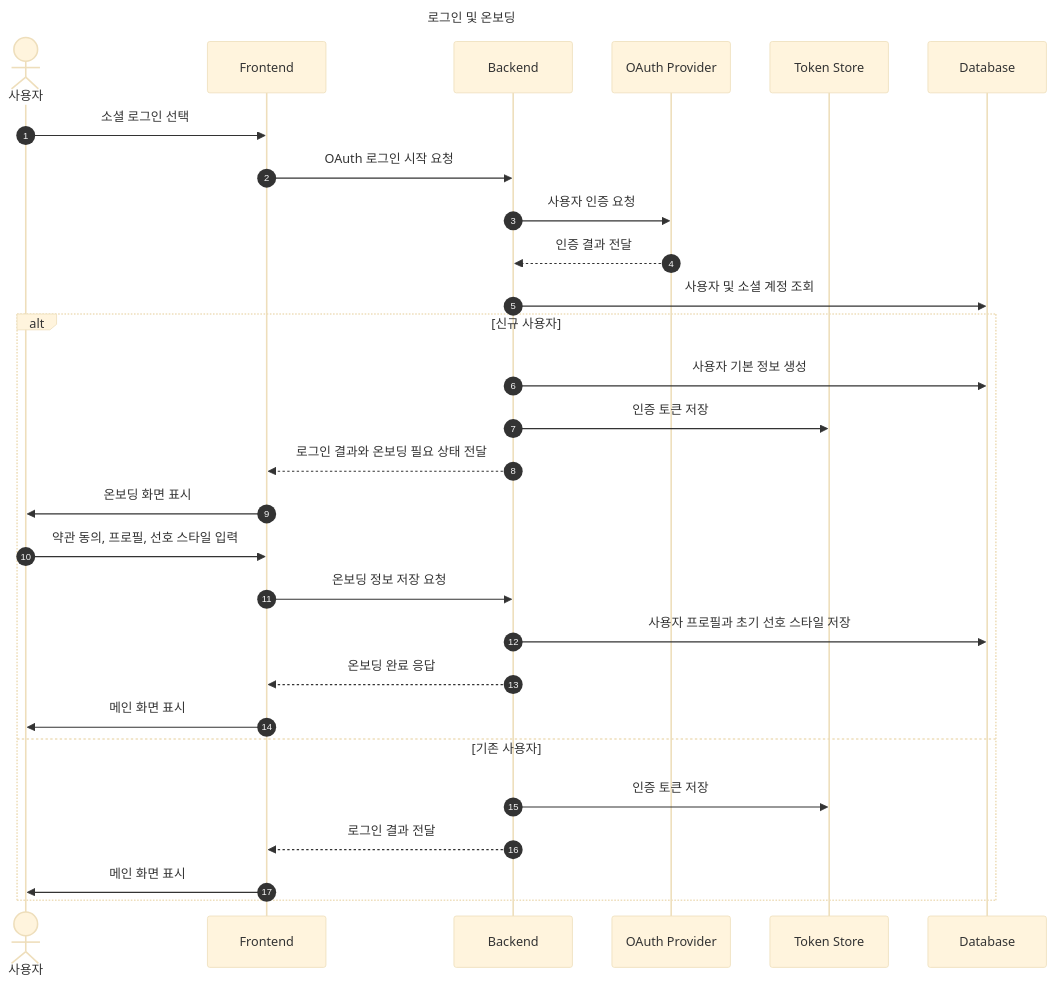
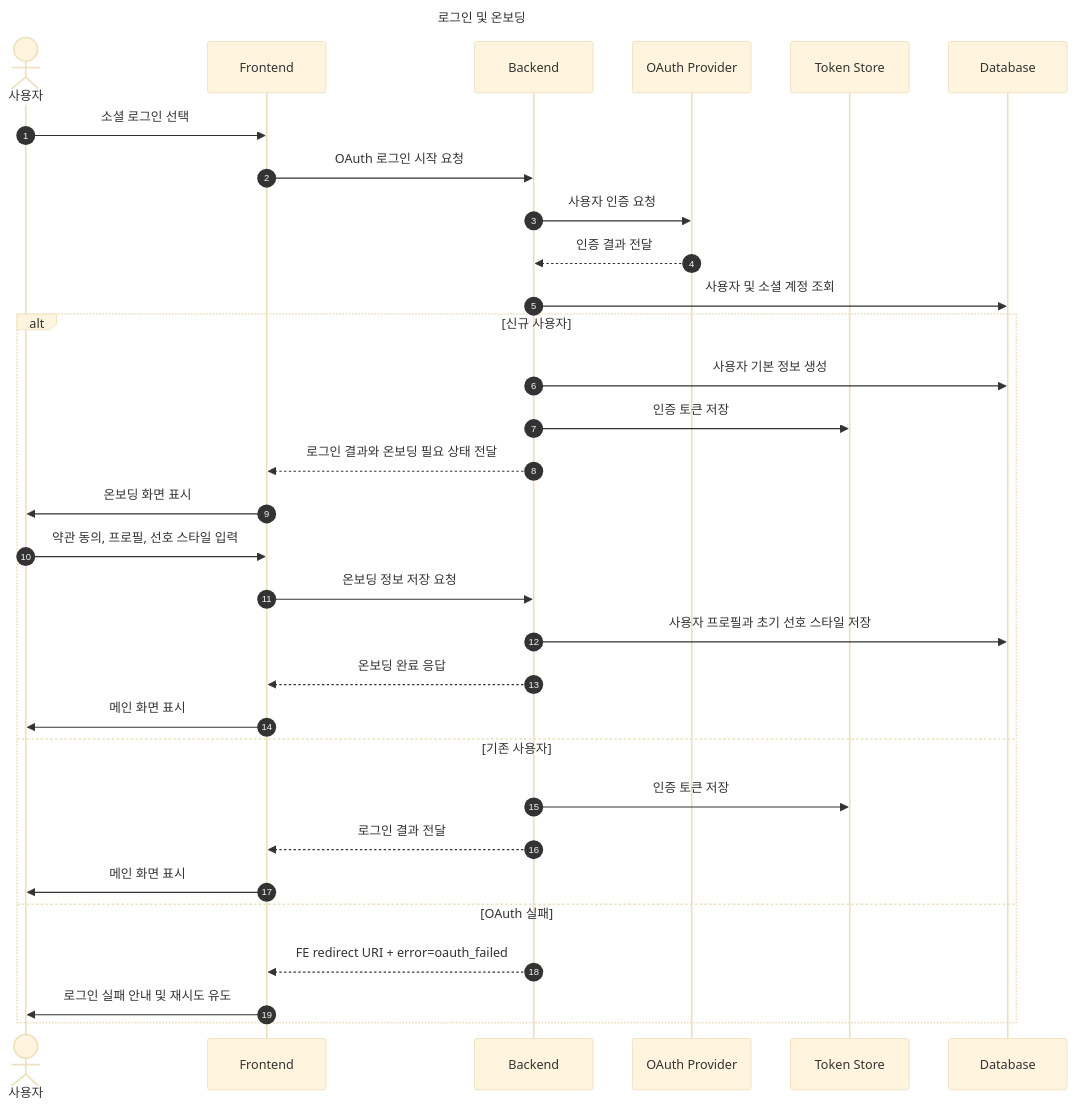
One commit to prgrms-aibe-devcourse/AIBE5_FinalProject_Team4_BE changed the first of 6 diagrams in docs/architecture/sequence-diagrams.md. Above: the diagram before and after it, drawn with Mermaid (base theme). The commit also changed other lines of this file and 5 other files, not shown here.

````diff
--- a/docs/architecture/sequence-diagrams.md
+++ b/docs/architecture/sequence-diagrams.md
@@ -20,34 +20,37 @@
 ```mermaid
 sequenceDiagram
   title 로그인 및 온보딩
   autonumber
 
   actor User as 사용자
   participant FE as Frontend
   participant BE as Backend
   participant OAuth as OAuth Provider
   participant Token as Token Store
   participant DB as Database
 
   User->>FE: 소셜 로그인 선택
   FE->>BE: OAuth 로그인 시작 요청
   BE->>OAuth: 사용자 인증 요청
   OAuth-->>BE: 인증 결과 전달
   BE->>DB: 사용자 및 소셜 계정 조회
 
   alt 신규 사용자
     BE->>DB: 사용자 기본 정보 생성
     BE->>Token: 인증 토큰 저장
     BE-->>FE: 로그인 결과와 온보딩 필요 상태 전달
     FE->>User: 온보딩 화면 표시
     User->>FE: 약관 동의, 프로필, 선호 스타일 입력
     FE->>BE: 온보딩 정보 저장 요청
     BE->>DB: 사용자 프로필과 초기 선호 스타일 저장
     BE-->>FE: 온보딩 완료 응답
     FE->>User: 메인 화면 표시
   else 기존 사용자
     BE->>Token: 인증 토큰 저장
     BE-->>FE: 로그인 결과 전달
     FE->>User: 메인 화면 표시
+  else OAuth 실패
+    BE-->>FE: FE redirect URI + error=oauth_failed
+    FE->>User: 로그인 실패 안내 및 재시도 유도
   end
 ```
````
